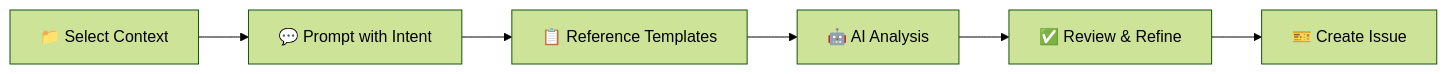
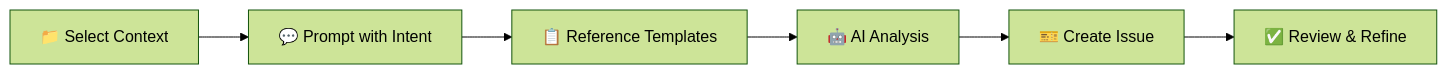
One commit to devantler/devantler changed the first of 2 diagrams in _posts/2026-01-09-ai-powered-github-issues-with-copilot-and-claude-opus.md. Above: the diagram before and after it, drawn with Mermaid (forest theme).

Commit message:
Reorder flowchart steps for AI issue creation

````diff
--- a/_posts/2026-01-09-ai-powered-github-issues-with-copilot-and-claude-opus.md
+++ b/_posts/2026-01-09-ai-powered-github-issues-with-copilot-and-claude-opus.md
@@ -53,8 +53,8 @@
 ```mermaid
 flowchart LR
     A["📁 Select Context"] --> B["💬 Prompt with Intent"]
     B --> C["📋 Reference Templates"]
     C --> D["🤖 AI Analysis"]
-    D --> E["✅ Review & Refine"]
-    E --> F["🎫 Create Issue"]
+    D --> E["🎫 Create Issue"]
+    E --> F["✅ Review & Refine"]
 ```
````
